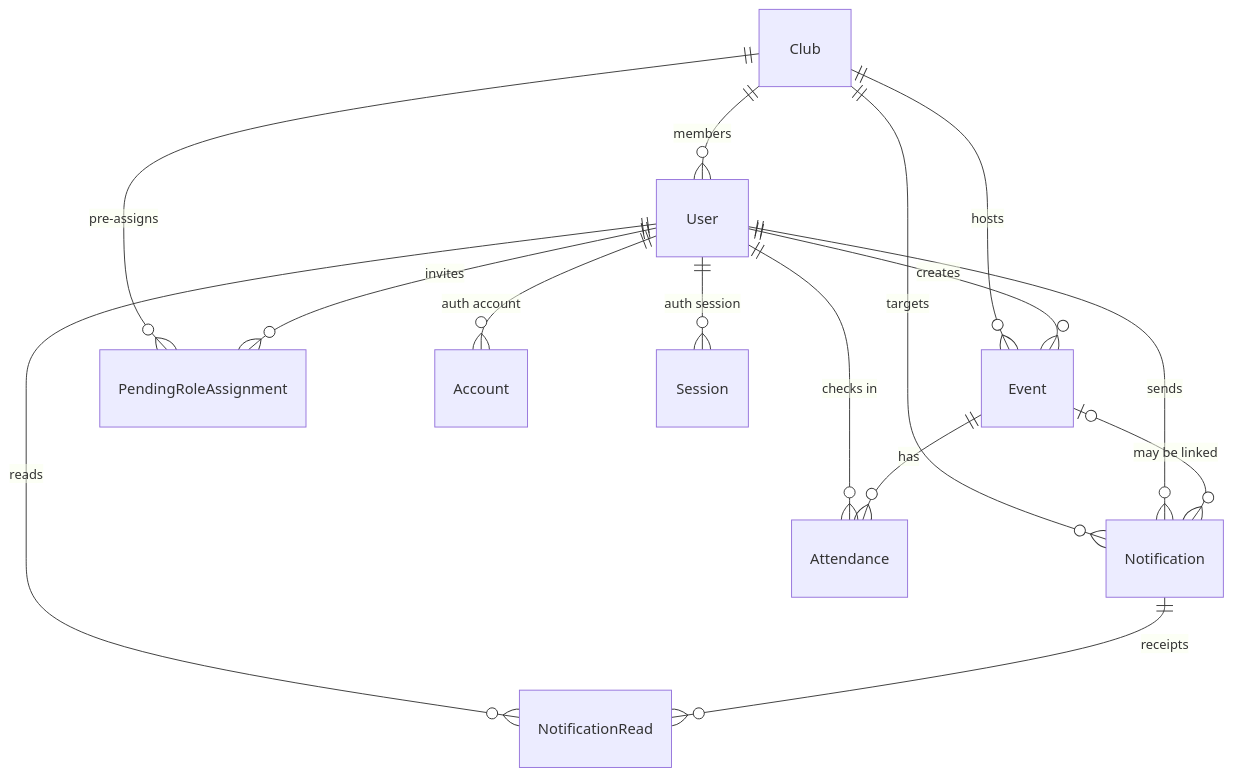
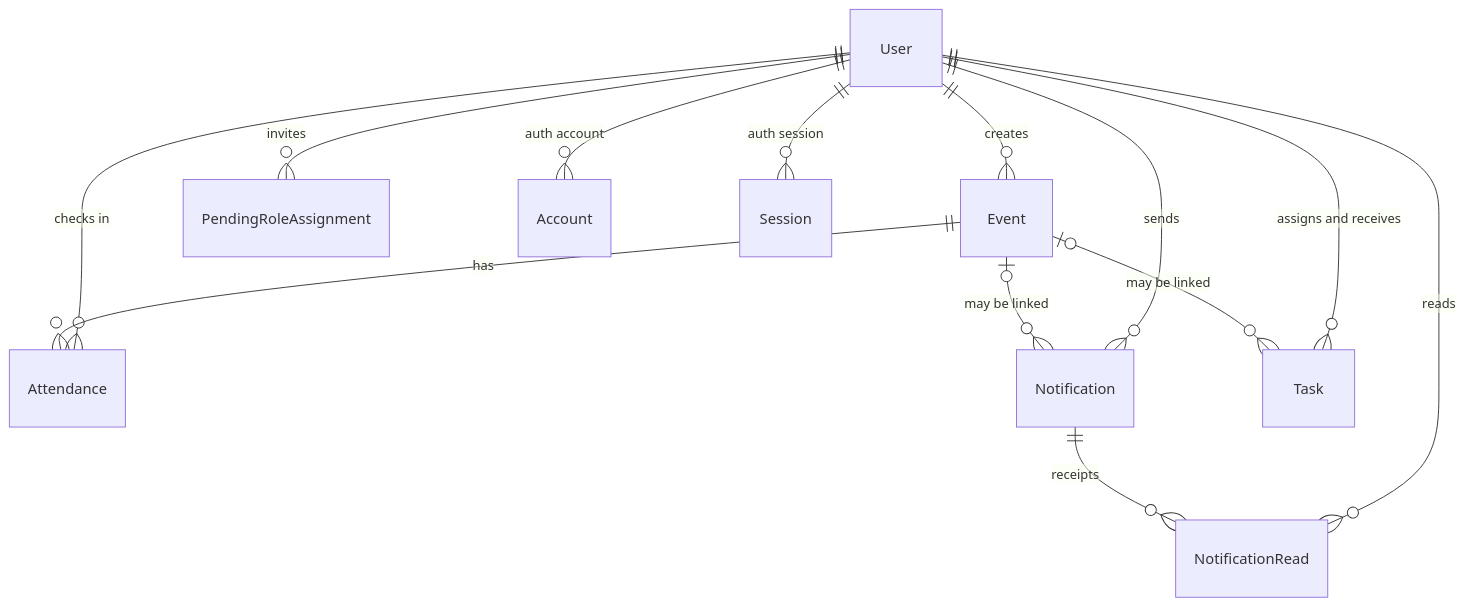
Before and after one commit to four4Bytes/event-registration-notification-system: the diagram in documentation/DATA-MODEL.md, drawn with Mermaid. The commit also changed other lines of this file and 98 other files, not shown here.

````diff
--- a/documentation/DATA-MODEL.md
+++ b/documentation/DATA-MODEL.md
@@ -14,21 +15,18 @@
 ```mermaid
 erDiagram
-  Club ||--o{ User : "members"
-  Club ||--o{ Event : "hosts"
-  Club ||--o{ Notification : "targets"
-  Club ||--o{ PendingRoleAssignment : "pre-assigns"
-
   User ||--o{ Event : "creates"
   User ||--o{ Attendance : "checks in"
   User ||--o{ Notification : "sends"
   User ||--o{ NotificationRead : "reads"
   User ||--o{ PendingRoleAssignment : "invites"
+  User ||--o{ Task : "assigns and receives"
 
   Event ||--o{ Attendance : "has"
   Event |o--o{ Notification : "may be linked"
+  Event |o--o{ Task : "may be linked"
 
   Notification ||--o{ NotificationRead : "receipts"
 
   User ||--o{ Account : "auth account"
   User ||--o{ Session : "auth session"
 ```
````
